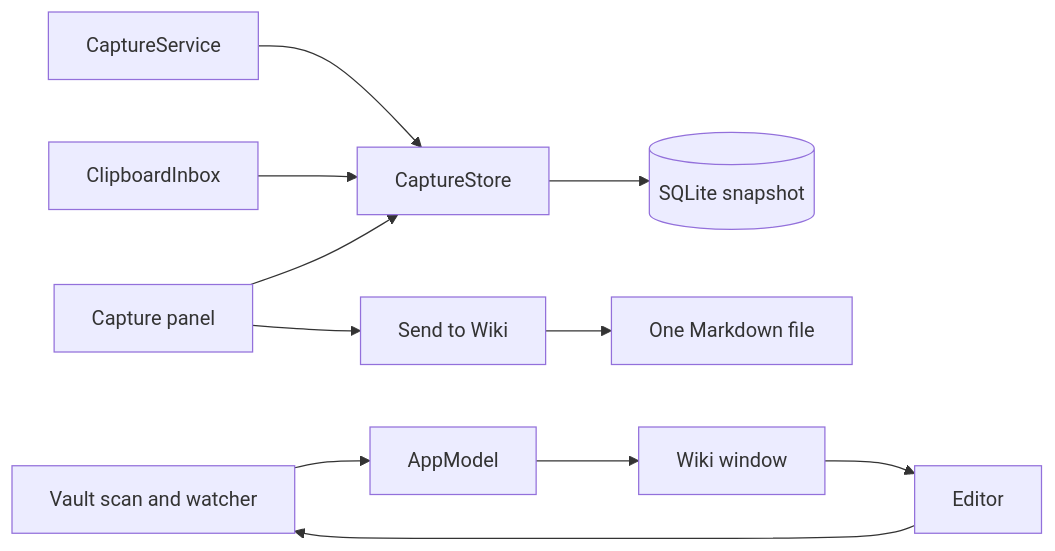
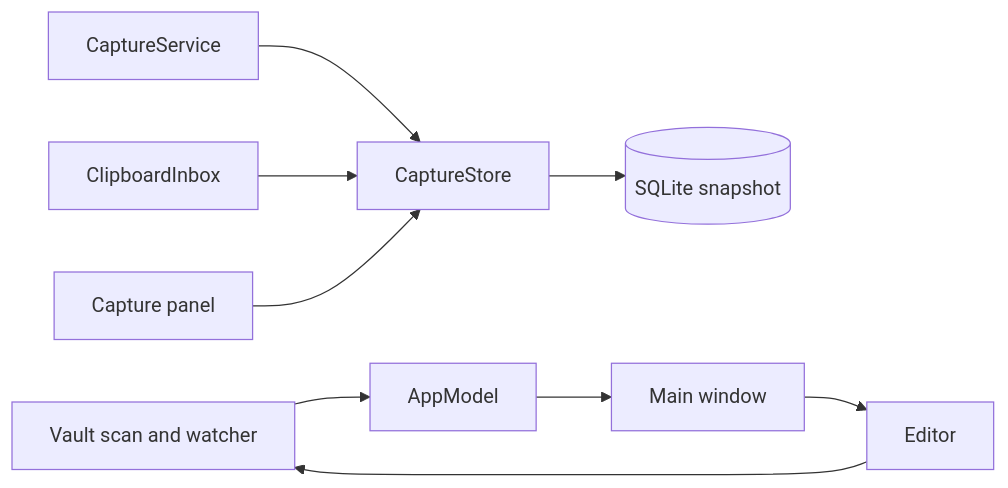
Before and after one commit to sonnes/piper: the diagram in docs/internals/architecture.md, drawn with Mermaid. The commit also changed other lines of this file and 57 other files, not shown here.

````diff
--- a/docs/internals/architecture.md
+++ b/docs/internals/architecture.md
@@ -14,11 +14,10 @@
 ```mermaid
 flowchart LR
     CS[CaptureService] --> S[CaptureStore]
     CB[ClipboardInbox] --> S
     P[Capture panel] --> S
     S --> D[(SQLite snapshot)]
-    P --> E[Send to Wiki] --> F[One Markdown file]
     V[Vault scan and watcher] --> M[AppModel]
-    M --> W[Wiki window]
+    M --> W[Main window]
     W --> ED[Editor] --> V
 ```
````
